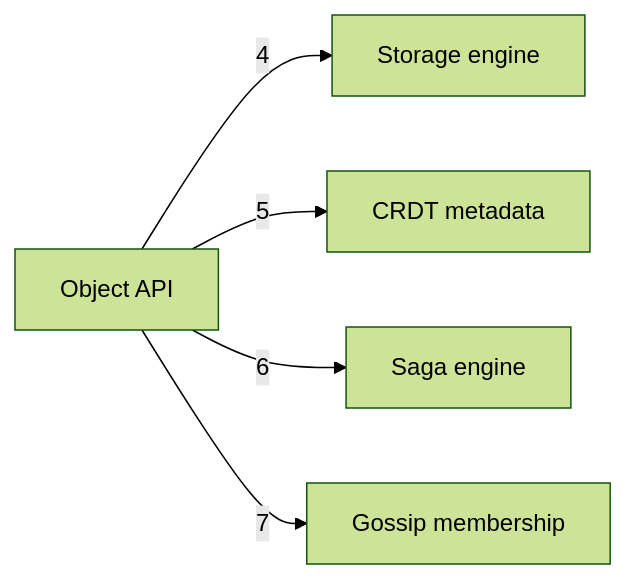
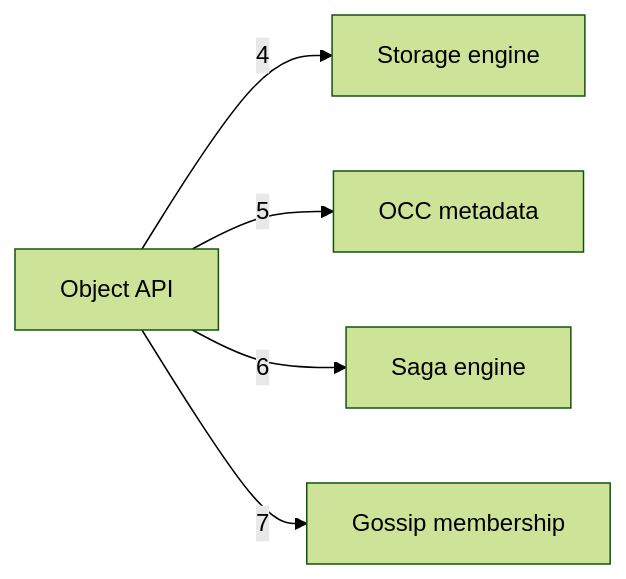
Before and after one commit to nickstrad/decentralized-object-store: the diagram in docs/c4/diagrams/02-container-b.mmd, drawn with Mermaid (forest theme). The commit also changed 26 other files, not shown here.

```diff
--- a/docs/c4/diagrams/02-container-b.mmd
+++ b/docs/c4/diagrams/02-container-b.mmd
@@ -1,6 +1,6 @@
 %% draw-visual: -x 4 -y 1 -p 0
 graph LR
   API[Object API] -->|4| STORAGE[Storage engine]
-  API -->|5| CRDT[CRDT metadata]
+  API -->|5| OCC[OCC metadata]
   API -->|6| SAGA[Saga engine]
   API -->|7| GOSSIP[Gossip membership]
```
